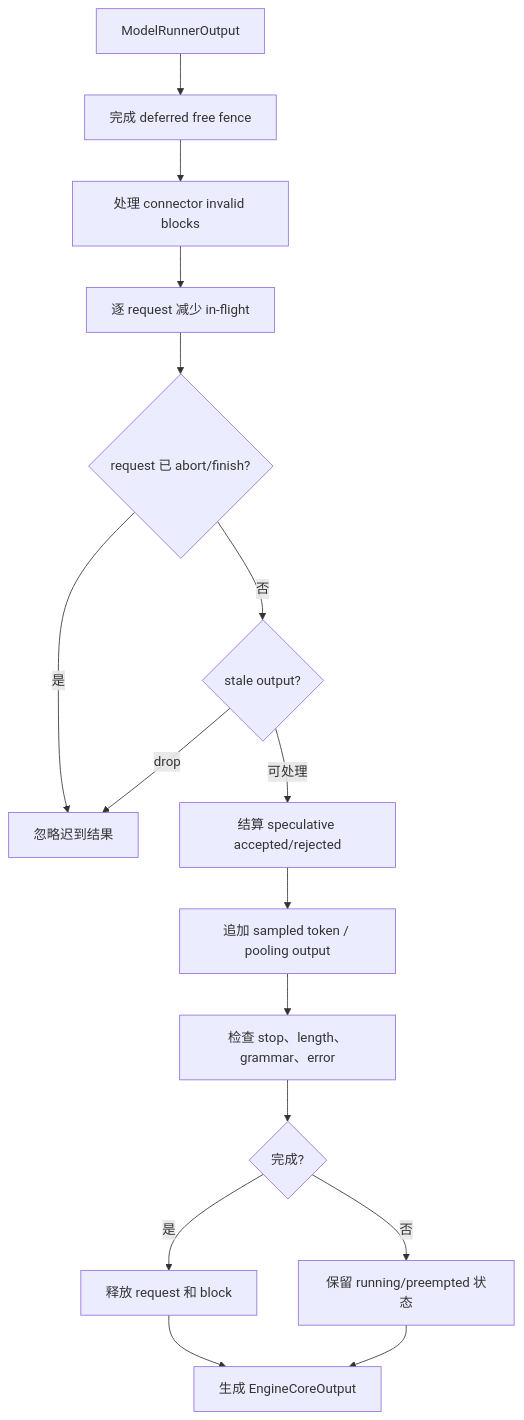
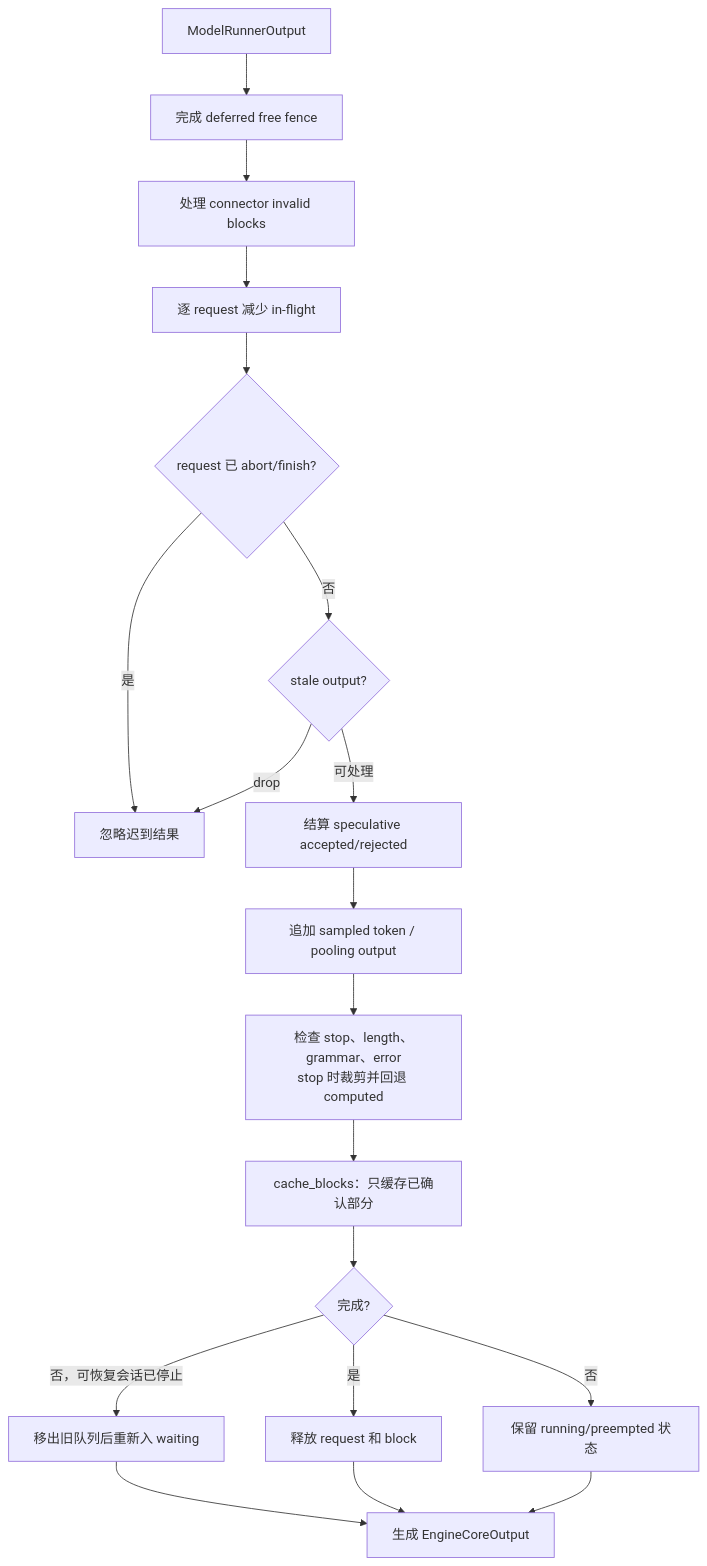
Before and after one commit to cluster1900/vllm_reader: diagram 24 of 29 in book/04-scheduler/README.md, drawn with Mermaid. The commit also changed other lines of this file and 4 other files, not shown here.

````diff
--- a/book/04-scheduler/README.md
+++ b/book/04-scheduler/README.md
@@ -1132,18 +1319,21 @@
 ```mermaid
 flowchart TB
     A[ModelRunnerOutput] --> B[完成 deferred free fence]
     B --> C[处理 connector invalid blocks]
     C --> D[逐 request 减少 in-flight]
     D --> E{request 已 abort/finish?}
     E -->|是| SKIP[忽略迟到结果]
     E -->|否| F{stale output?}
     F -->|drop| SKIP
     F -->|可处理| G[结算 speculative accepted/rejected]
     G --> H[追加 sampled token / pooling output]
-    H --> I[检查 stop、length、grammar、error]
-    I --> J{完成?}
+    H --> I[检查 stop、length、grammar、error<br/>stop 时裁剪并回退 computed]
+    I --> CB[cache_blocks：只缓存已确认部分]
+    CB --> J{完成?}
     J -->|是| FREE[释放 request 和 block]
+    J -->|否，可恢复会话已停止| RQ[移出旧队列后重新入 waiting]
     J -->|否| KEEP[保留 running/preempted 状态]
+    RQ --> OUT
     FREE --> OUT[生成 EngineCoreOutput]
     KEEP --> OUT
 ```
````
